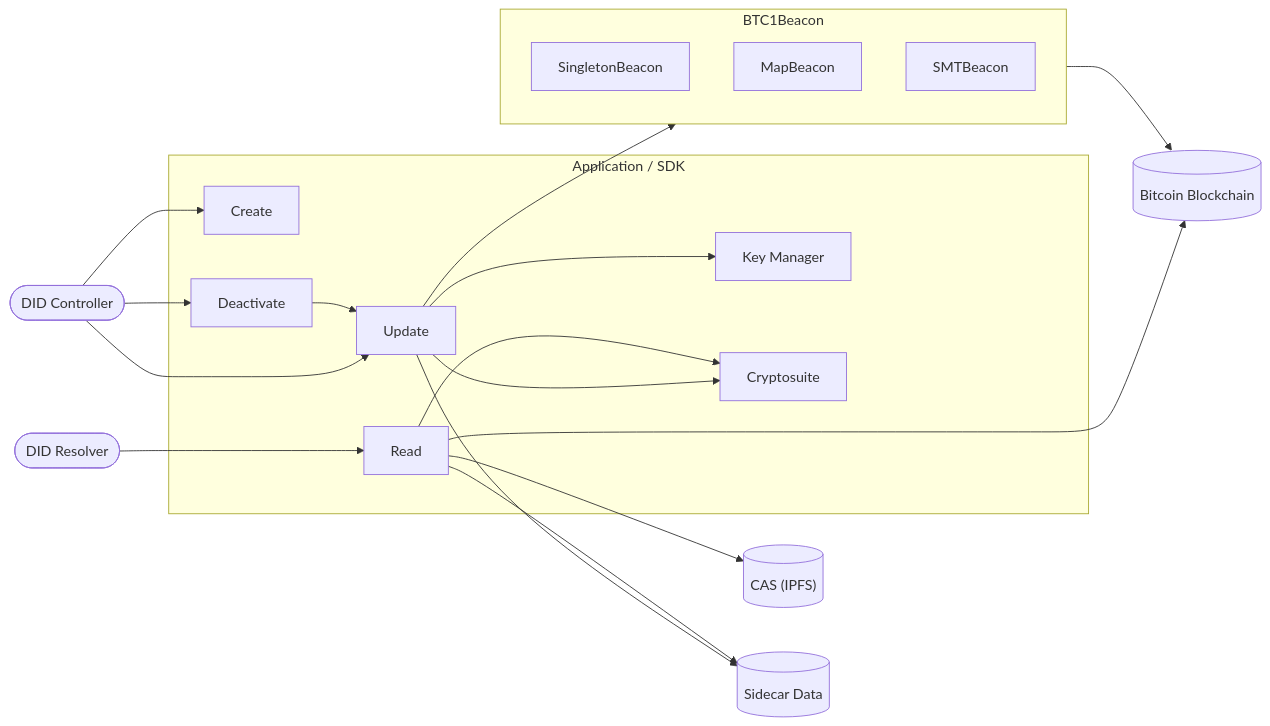
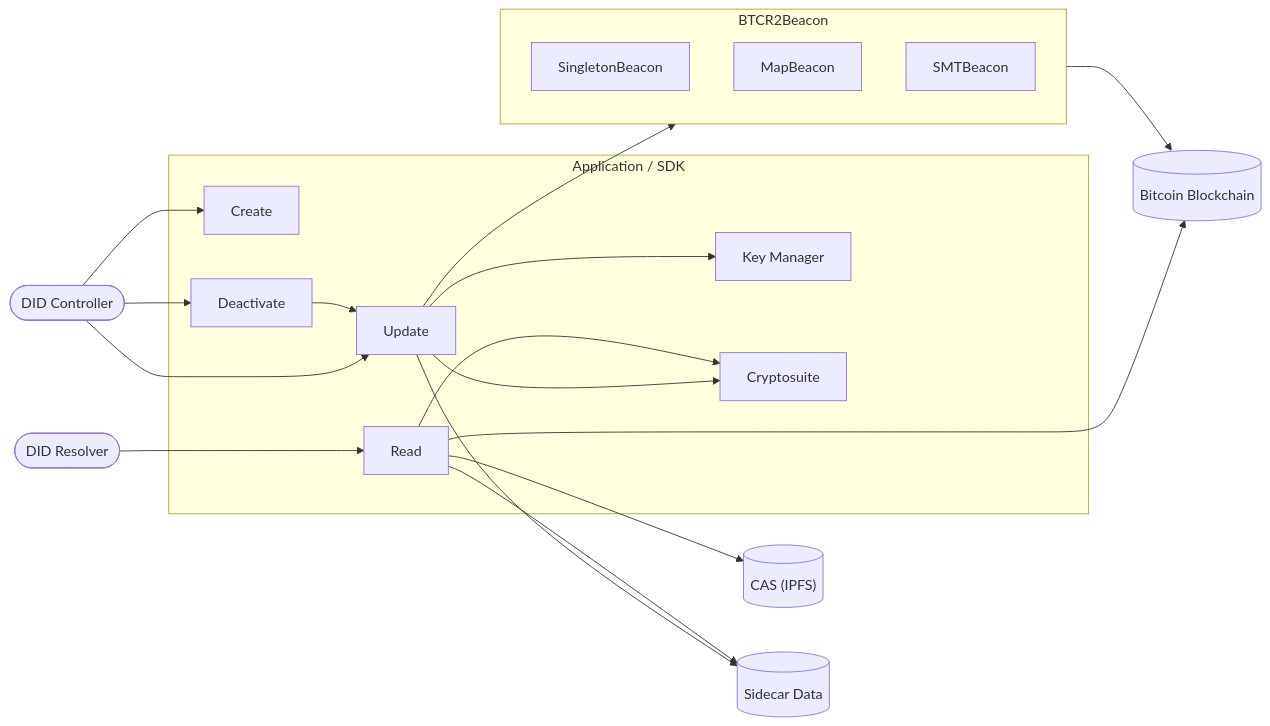
One commit to jintekc/website-btcr2-dev changed the first of 9 diagrams in docs/diagrams.md. Above: the diagram before and after it, drawn with Mermaid. The commit also changed other lines of this file and 20 other files, not shown here.

````diff
--- a/docs/diagrams.md
+++ b/docs/diagrams.md
@@ -14,53 +14,53 @@
 ```mermaid
 flowchart LR
   %% Main Actors
   Controller([DID Controller])
   Resolver([DID Resolver])
 
   %% Impl Libs & Apps
   subgraph SDK["Application / SDK"]
     Create[Create]
     Deactivate[Deactivate]
     Update[Update]
     Read[Read]
     KMS[Key Manager]
     Crypto[Cryptosuite]
   end
 
-  subgraph BTC1Beacon
+  subgraph BTCR2Beacon
     SingletonBeacon
     MapBeacon
     SMTBeacon
   end
 
   %% Data
   BTC[(Bitcoin Blockchain)]
   CAS[("CAS (IPFS)")]
   Sidecar[(Sidecar Data)]
 
   %% DID Resolver
   Resolver ---> Read
 
   %% DID Controller
   Controller --> Create
   Controller --> Update
   Controller --> Deactivate
   
   %% Update
   Update --> KMS
   Update --> Crypto
   Update --> Sidecar
 
   %% Beacons
-  Update --> BTC1Beacon
-  BTC1Beacon --> BTC
+  Update --> BTCR2Beacon
+  BTCR2Beacon --> BTC
 
   %% Read
   Read --> BTC
   Read --> CAS
   Read --> Sidecar
   Read --> Crypto
 
   %% Deactivate (Reuses Update)
   Deactivate --> Update
 ```
````
